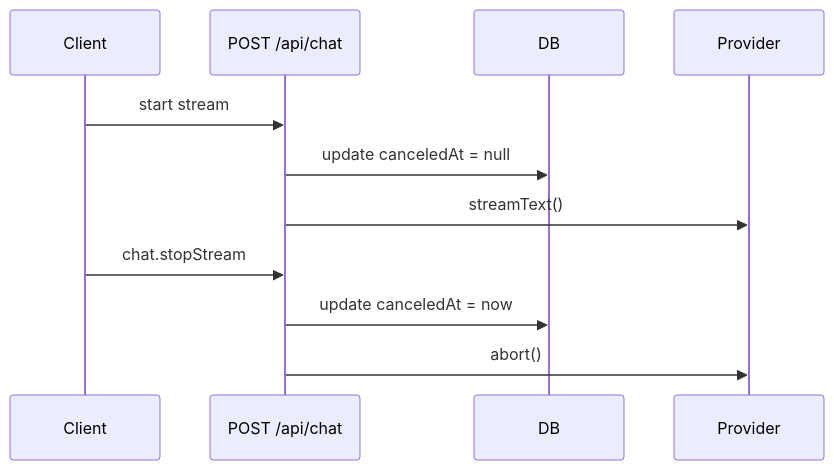
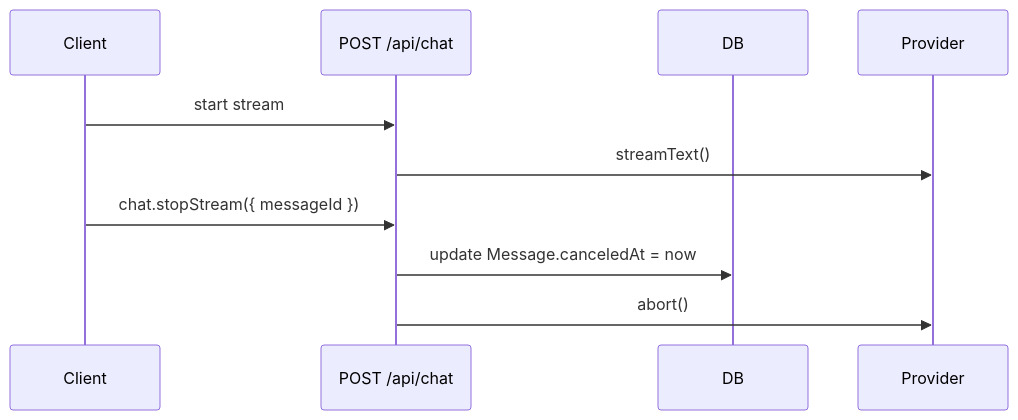
The diagram in docs/cookbook/streaming/stop-resumable-streams.mdx (masonjames/sparka), drawn with Mermaid before and after one commit. The commit also changed other lines of this file and 61 other files, not shown here.

````diff
--- a/docs/cookbook/streaming/stop-resumable-streams.mdx
+++ b/docs/cookbook/streaming/stop-resumable-streams.mdx
@@ -81,14 +90,13 @@
 ```mermaid
 sequenceDiagram
     participant Client
     participant API as POST /api/chat
     participant DB
     participant Provider
 
     Client->>API: start stream
-    API->>DB: update canceledAt = null
     API->>Provider: streamText()
-    Client->>API: chat.stopStream
-    API->>DB: update canceledAt = now
+    Client->>API: chat.stopStream({ messageId })
+    API->>DB: update Message.canceledAt = now
     API->>Provider: abort()
 ```
````
